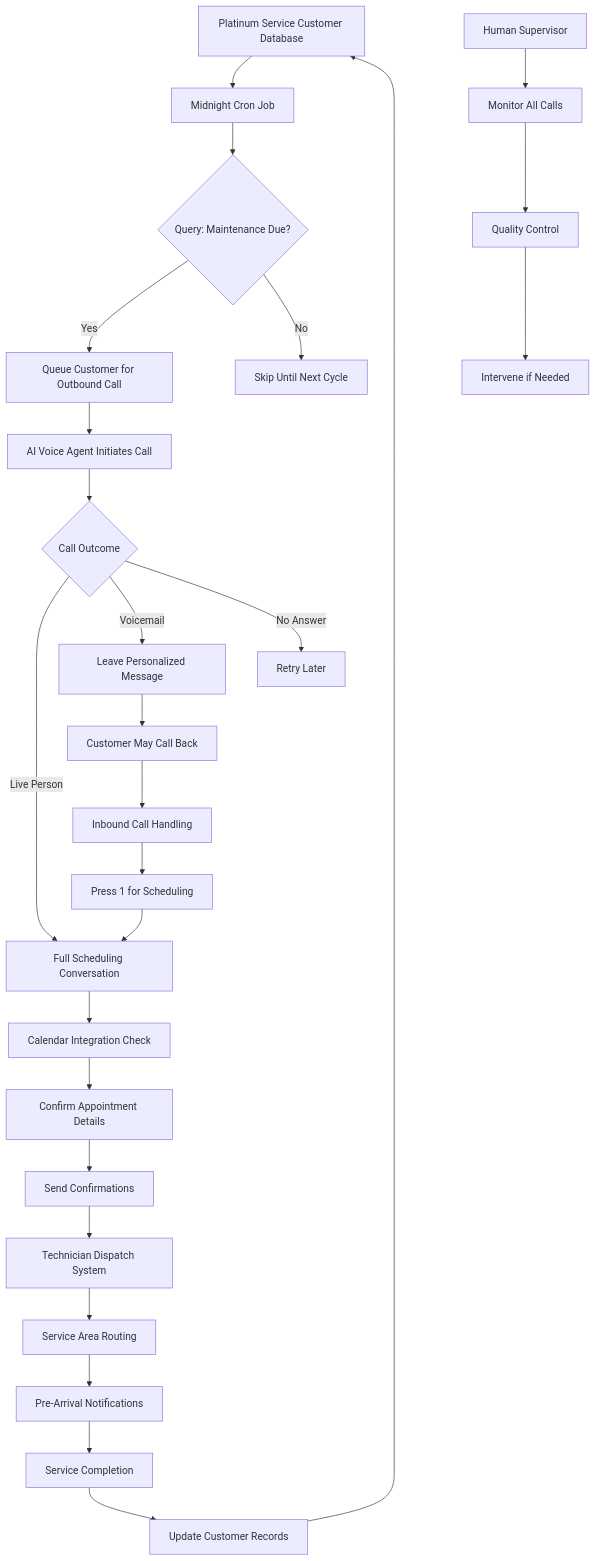
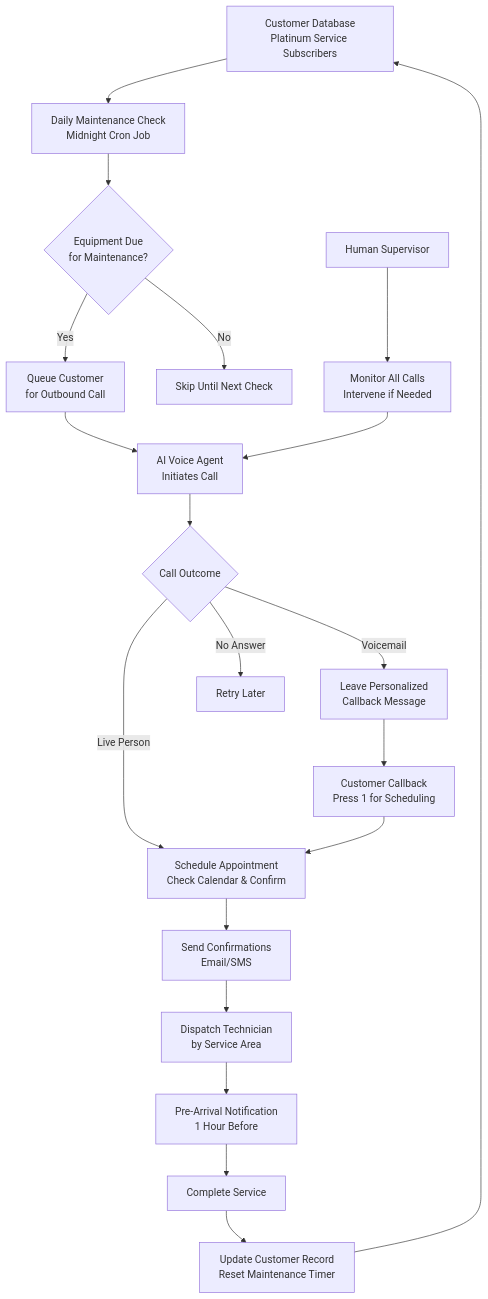
One commit to vinesh178/customer-service-agent changed the first of 2 diagrams in BUSINESS_PROCESS.md. Above: the diagram before and after it, drawn with Mermaid. The commit also changed other lines of this file, not shown here.

````diff
--- a/BUSINESS_PROCESS.md
+++ b/BUSINESS_PROCESS.md
@@ -18,34 +18,27 @@
 ```mermaid
 graph TD
-    A[Platinum Service Customer Database] --> B[Midnight Cron Job]
-    B --> C{Query: Maintenance Due?}
-    C -->|Yes| D[Queue Customer for Outbound Call]
-    C -->|No| E[Skip Until Next Cycle]
+    A[Customer Database<br/>Platinum Service Subscribers] --> B[Daily Maintenance Check<br/>Midnight Cron Job]
+    B --> C{Equipment Due<br/>for Maintenance?}
+    C -->|Yes| D[Queue Customer<br/>for Outbound Call]
+    C -->|No| E[Skip Until Next Check]
     
-    D --> F[AI Voice Agent Initiates Call]
+    D --> F[AI Voice Agent<br/>Initiates Call]
     F --> G{Call Outcome}
     
-    G -->|Live Person| H[Full Scheduling Conversation]
-    G -->|Voicemail| I[Leave Personalized Message]
+    G -->|Live Person| H[Schedule Appointment<br/>Check Calendar & Confirm]
+    G -->|Voicemail| I[Leave Personalized<br/>Callback Message]
     G -->|No Answer| J[Retry Later]
     
-    H --> K[Calendar Integration Check]
-    K --> L[Confirm Appointment Details]
-    L --> M[Send Confirmations]
+    H --> K[Send Confirmations<br/>Email/SMS]
+    I --> L[Customer Callback<br/>Press 1 for Scheduling]
+    L --> H
     
-    I --> N[Customer May Call Back]
-    N --> O[Inbound Call Handling]
-    O --> P[Press 1 for Scheduling]
-    P --> H
+    K --> M[Dispatch Technician<br/>by Service Area]
+    M --> N[Pre-Arrival Notification<br/>1 Hour Before]
+    N --> O[Complete Service]
+    O --> P[Update Customer Record<br/>Reset Maintenance Timer]
+    P --> A
     
-    M --> Q[Technician Dispatch System]
-    Q --> R[Service Area Routing]
-    R --> S[Pre-Arrival Notifications]
-    S --> T[Service Completion]
-    T --> U[Update Customer Records]
-    U --> A
-    
-    V[Human Supervisor] --> W[Monitor All Calls]
-    W --> X[Quality Control]
-    X --> Y[Intervene if Needed]
+    Q[Human Supervisor] --> R[Monitor All Calls<br/>Intervene if Needed]
+    R --> F
 ```
````
